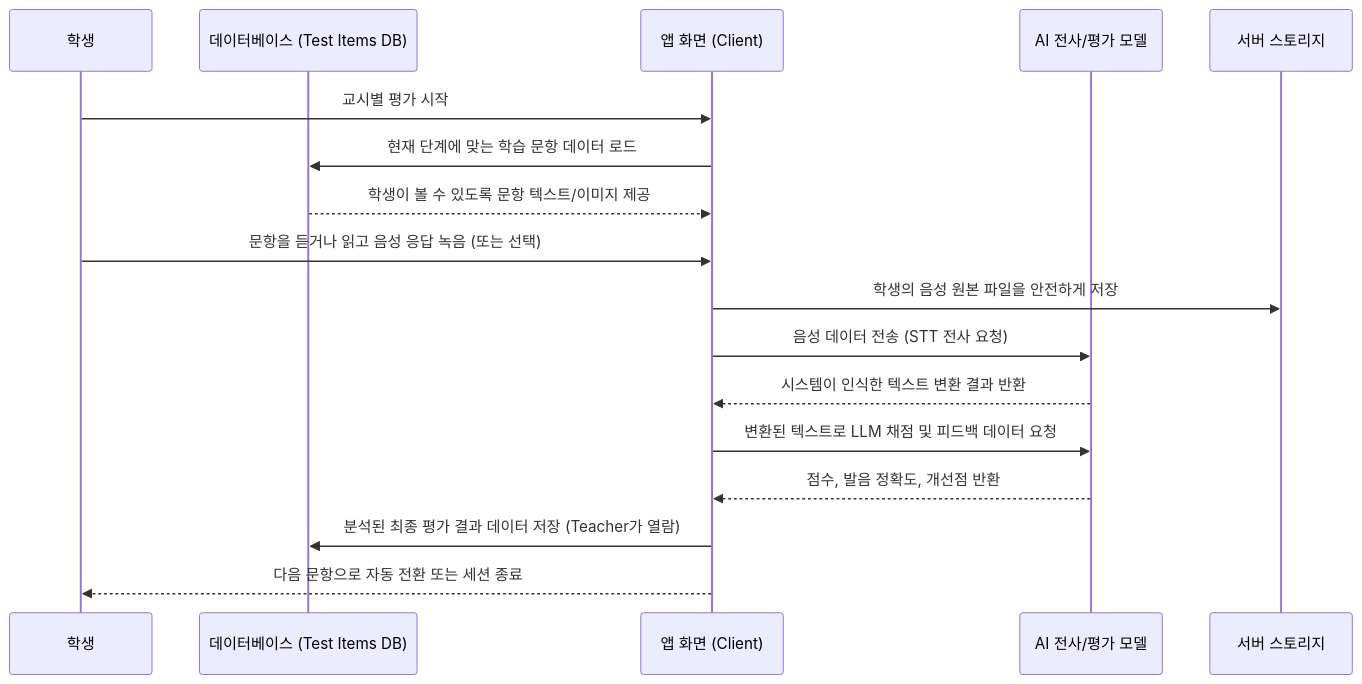
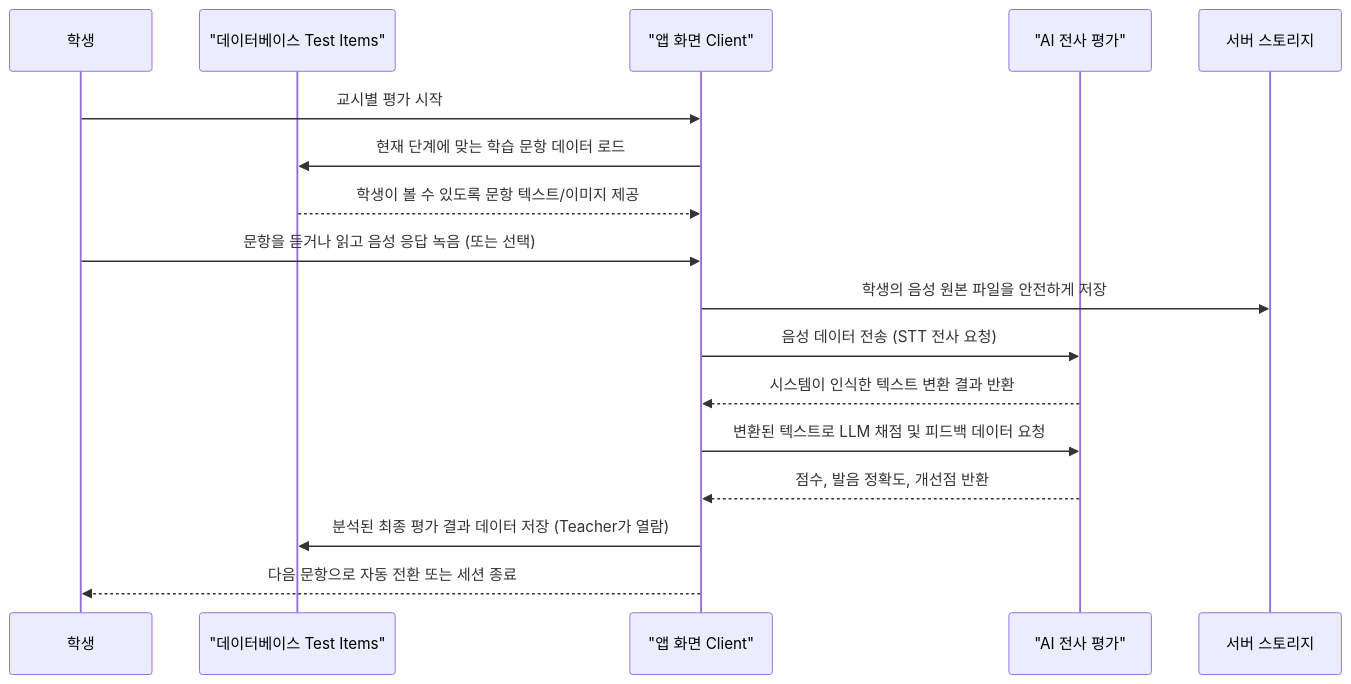
Before and after one commit to bmm0465/AIDAPEL: the second of 3 diagrams in README.md, drawn with Mermaid. The commit also changed other lines of this file, not shown here.

````diff
--- a/README.md
+++ b/README.md
@@ -52,20 +52,20 @@
 ```mermaid
 sequenceDiagram
     participant Student as 학생
-    participant DB as 데이터베이스 (Test Items DB)
-    participant UI as 앱 화면 (Client)
-    participant AI as AI 전사/평가 모델
+    participant DB as "데이터베이스 Test Items"
+    participant UI as "앱 화면 Client"
+    participant AI as "AI 전사 평가"
     participant Storage as 서버 스토리지
     
     Student->>UI: 교시별 평가 시작
     UI->>DB: 현재 단계에 맞는 학습 문항 데이터 로드
     DB-->>UI: 학생이 볼 수 있도록 문항 텍스트/이미지 제공
     Student->>UI: 문항을 듣거나 읽고 음성 응답 녹음 (또는 선택)
     UI->>Storage: 학생의 음성 원본 파일을 안전하게 저장
     UI->>AI: 음성 데이터 전송 (STT 전사 요청)
     AI-->>UI: 시스템이 인식한 텍스트 변환 결과 반환
     UI->>AI: 변환된 텍스트로 LLM 채점 및 피드백 데이터 요청
     AI-->>UI: 점수, 발음 정확도, 개선점 반환
     UI->>DB: 분석된 최종 평가 결과 데이터 저장 (Teacher가 열람)
     UI-->>Student: 다음 문항으로 자동 전환 또는 세션 종료
 ```
````
